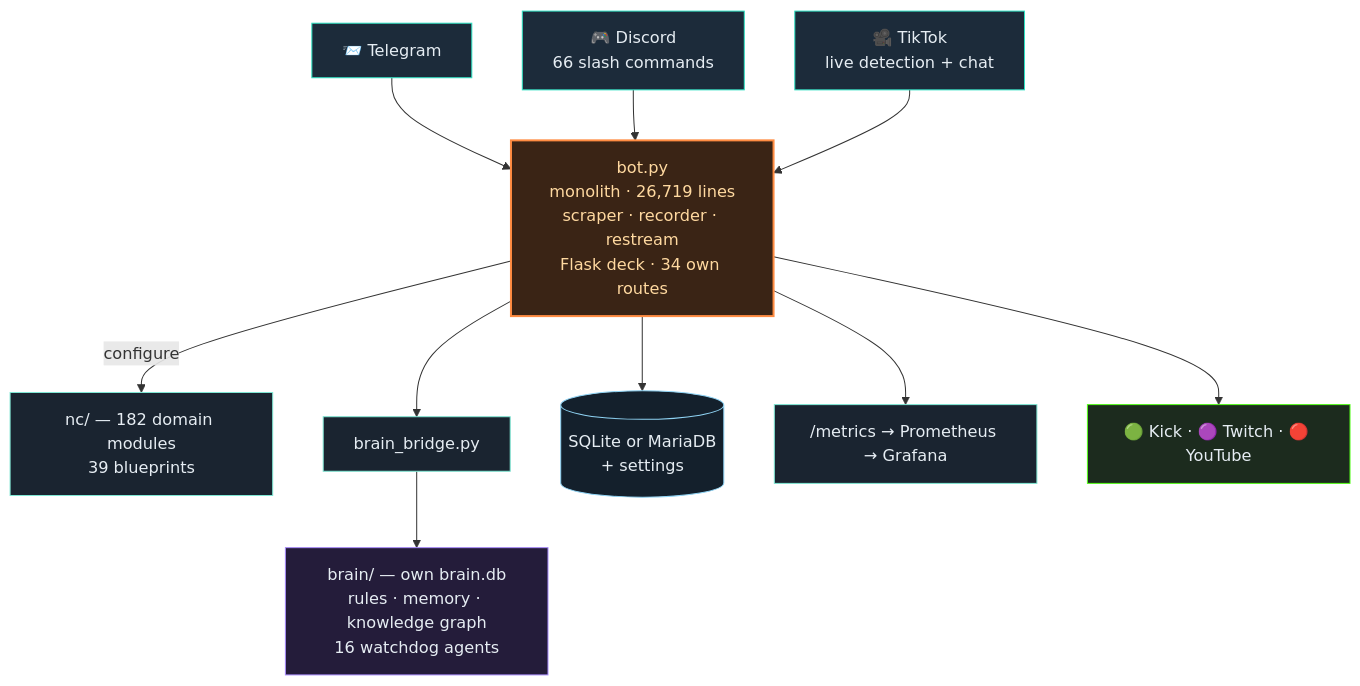
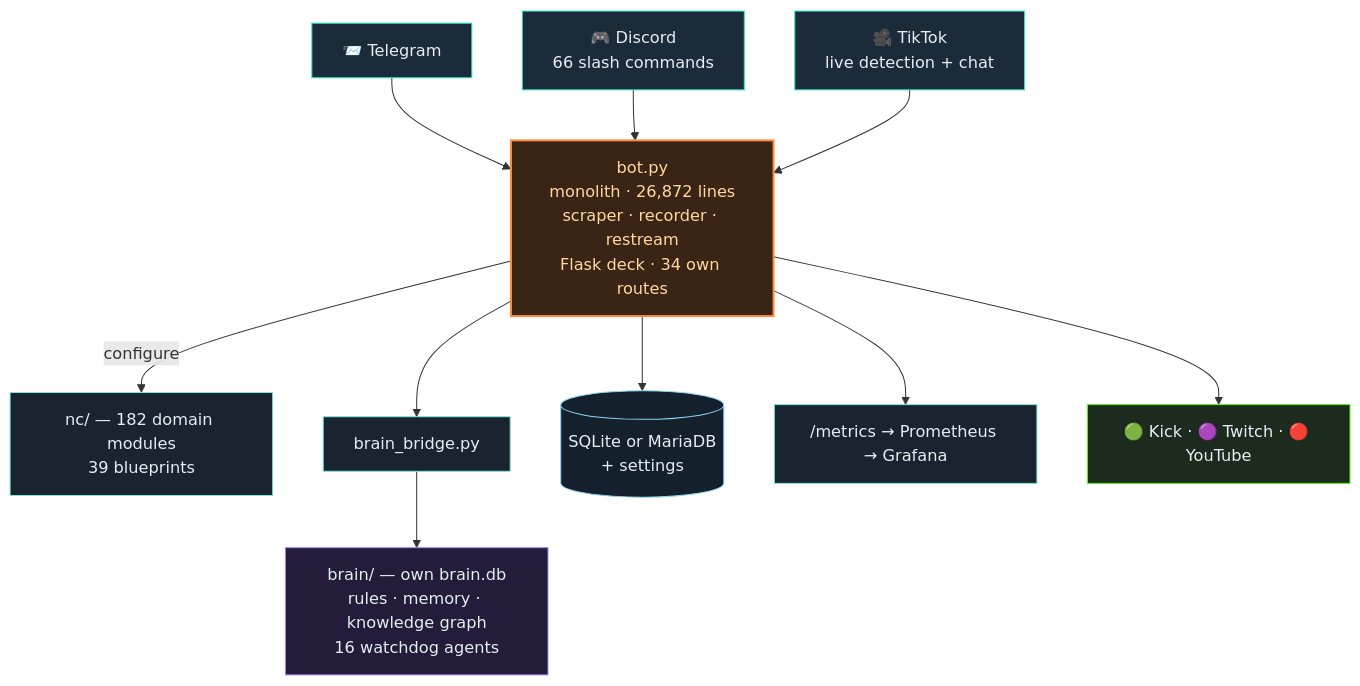
The second of 3 diagrams in README.en.md (itsamemedev/Telegram-Stream-Info-Bot), drawn with Mermaid before and after one commit. The commit also changed other lines of this file and 14 other files, not shown here.

````diff
--- a/README.en.md
+++ b/README.en.md
@@ -119,19 +119,19 @@
 ```mermaid
 flowchart TB
     TG["📨 Telegram"]:::ein --> BOT
     DC["🎮 Discord<br/>66 slash commands"]:::ein --> BOT
     TT["🎥 TikTok<br/>live detection + chat"]:::ein --> BOT
-    BOT["bot.py<br/>monolith · 26,719 lines<br/>scraper · recorder · restream<br/>Flask deck · 34 own routes"]:::core
+    BOT["bot.py<br/>monolith · 26,872 lines<br/>scraper · recorder · restream<br/>Flask deck · 34 own routes"]:::core
     BOT -->|configure| NC["nc/ — 182 domain modules<br/>39 blueprints"]:::lib
     BOT --> BR["brain_bridge.py"]:::lib
     BR --> BRAIN["brain/ — own brain.db<br/>rules · memory · knowledge graph<br/>16 watchdog agents"]:::brain
     BOT --> DB[("SQLite or MariaDB<br/>+ settings")]:::db
     BOT --> PROM["/metrics → Prometheus → Grafana"]:::lib
     BOT --> OUT["🟢 Kick · 🟣 Twitch · 🔴 YouTube"]:::out
     classDef ein fill:#1c2b3a,stroke:#2de1c2,color:#e6edf3
     classDef core fill:#3a2415,stroke:#ff8c42,stroke-width:2px,color:#ffd9a0
     classDef lib fill:#1a2430,stroke:#7fe7d4,color:#e6edf3
     classDef brain fill:#241c3a,stroke:#a78bfa,color:#e6edf3
     classDef db fill:#14202c,stroke:#8fd3f4,color:#e6edf3
     classDef out fill:#1c2b1e,stroke:#53fc18,color:#e6edf3
 ```
````
